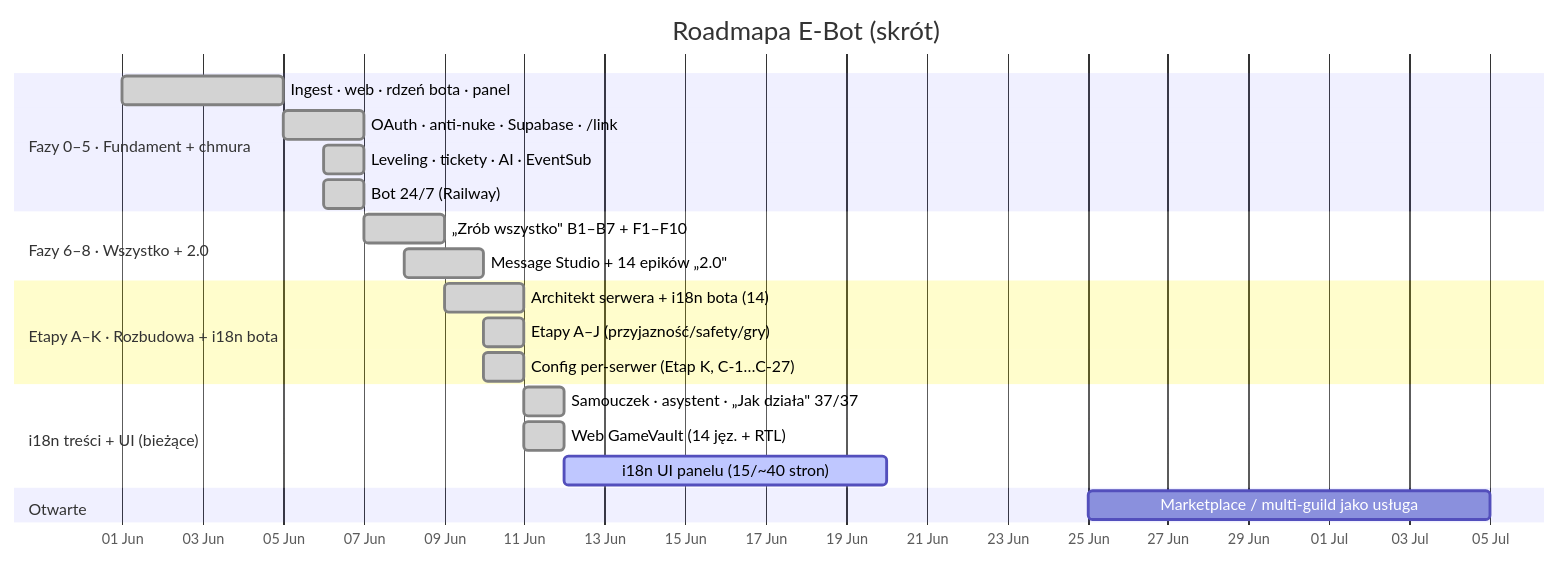
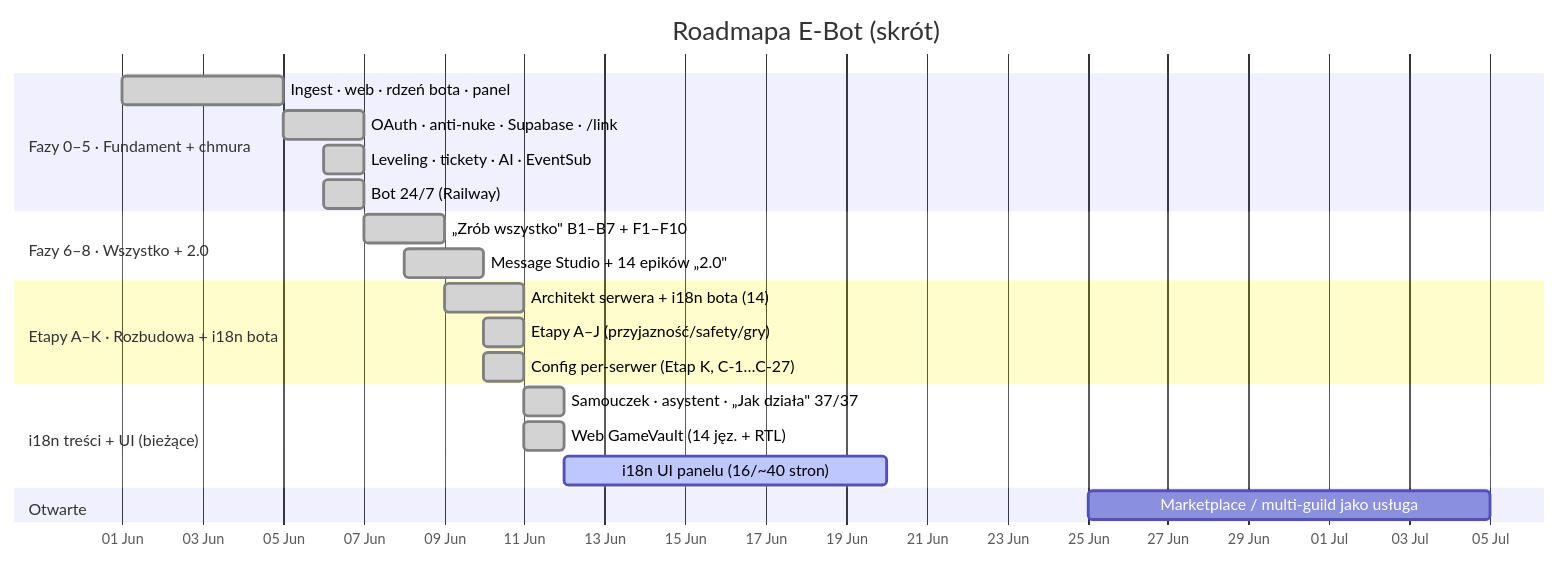
The first of 2 diagrams in docs/ROADMAP.md (Gh0s777tt/E-Bot), drawn with Mermaid before and after one commit. The commit also changed other lines of this file and 6 other files, not shown here.

````diff
--- a/docs/ROADMAP.md
+++ b/docs/ROADMAP.md
@@ -23,24 +23,24 @@
 ```mermaid
 gantt
   title Roadmapa E-Bot (skrót)
   dateFormat YYYY-MM-DD
   axisFormat %d %b
   section Fazy 0–5 · Fundament + chmura
   Ingest · web · rdzeń bota · panel    :done, f0, 2026-06-01, 4d
   OAuth · anti-nuke · Supabase · /link :done, f1, 2026-06-05, 2d
   Leveling · tickety · AI · EventSub   :done, f4, 2026-06-06, 1d
   Bot 24/7 (Railway)                   :done, f5, 2026-06-06, 1d
   section Fazy 6–8 · Wszystko + 2.0
   „Zrób wszystko" B1–B7 + F1–F10       :done, f7, 2026-06-07, 2d
   Message Studio + 14 epików „2.0"     :done, f8, 2026-06-08, 2d
   section Etapy A–K · Rozbudowa + i18n bota
   Architekt serwera + i18n bota (14)   :done, ek1, 2026-06-09, 2d
   Etapy A–J (przyjazność/safety/gry)   :done, ek2, 2026-06-10, 1d
   Config per-serwer (Etap K, C-1…C-27) :done, ek3, 2026-06-10, 1d
   section i18n treści + UI (bieżące)
   Samouczek · asystent · „Jak działa" 37/37 :done, i1, 2026-06-11, 1d
   Web GameVault (14 jęz. + RTL)        :done, i2, 2026-06-11, 1d
-  i18n UI panelu (15/~40 stron)        :active, i3, 2026-06-12, 8d
+  i18n UI panelu (16/~40 stron)        :active, i3, 2026-06-12, 8d
   section Otwarte
   Marketplace / multi-guild jako usługa :        mk, 2026-06-25, 10d
 ```
````
